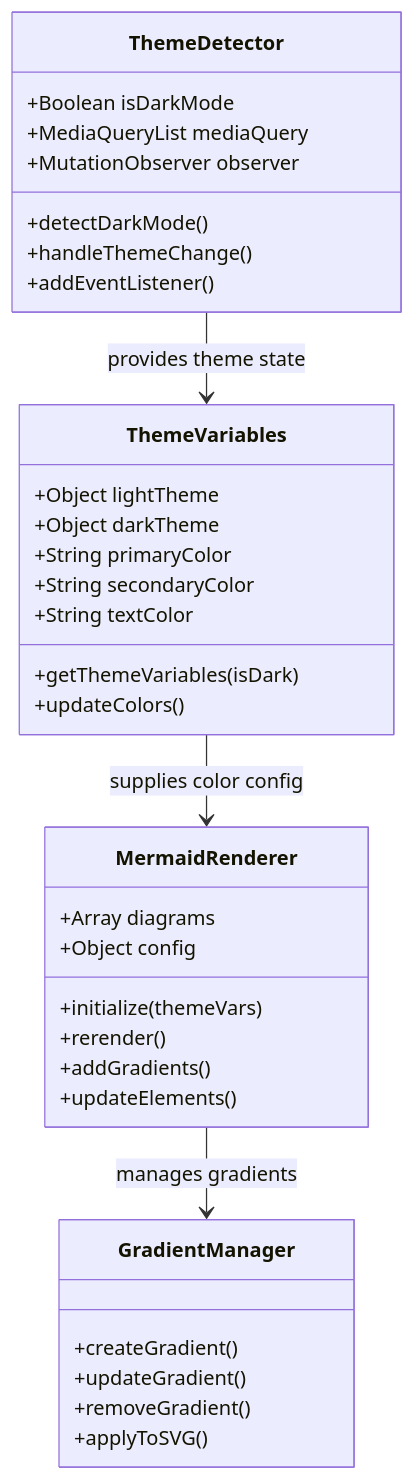
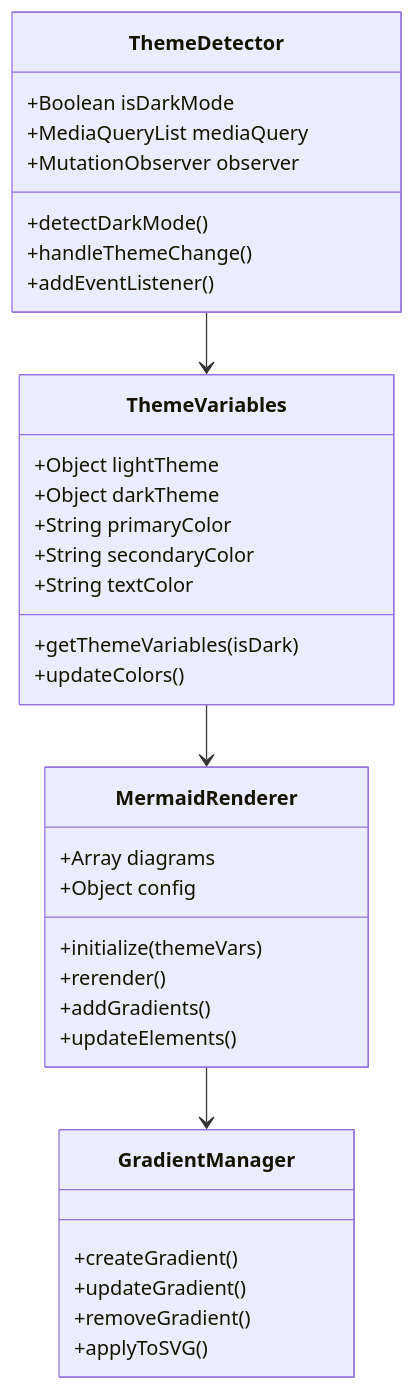
The fourth of 6 diagrams in _posts/2025-06-06-mermaid-theme-test.md (realcoding2003/realcoding.github.io), drawn with Mermaid before and after one commit. The commit also changed 2 other files, not shown here.

Commit message:
Mermaid 다이어그램 클래스 구조 개선 및 가독성 향상
- Mermaid 다이어그램의 클래스 정의 방식을 개선하여 가독성을 높임
- 클래스 속성과 메서드를 명확하게 구분하여 구조를 간소화
- 관계 표현 방식을 개선하여 다이어그램의 이해도를 높임

````diff
--- a/_posts/2025-06-06-mermaid-theme-test.md
+++ b/_posts/2025-06-06-mermaid-theme-test.md
@@ -101,44 +101,37 @@
 ```mermaid
 classDiagram
-    class ThemeDetector {
-        +Boolean isDarkMode
-        +detectDarkMode()
-        +handleThemeChange()
-        +addEventListener()
-    }
-    
-    class ThemeVariables {
-        +Object lightTheme
-        +Object darkTheme
-        +getThemeVariables(isDark)
-        +updateColors()
-    }
-    
-    class MermaidRenderer {
-        +initialize(themeVars)
-        +rerender()
-        +addGradients()
-        +updateElements()
-    }
-    
-    class GradientManager {
-        +createGradient()
-        +updateGradient()
-        +removeGradient()
-        +applyToSVG()
-    }
-    
-    ThemeDetector --> ThemeVariables : provides theme state
-    ThemeVariables --> MermaidRenderer : supplies color config
-    MermaidRenderer --> GradientManager : manages gradients
-    
+    class ThemeDetector
+    ThemeDetector : +Boolean isDarkMode
+    ThemeDetector : +detectDarkMode()
+    ThemeDetector : +handleThemeChange()
+    ThemeDetector : +addEventListener()
     ThemeDetector : +MediaQueryList mediaQuery
     ThemeDetector : +MutationObserver observer
     
+    class ThemeVariables
+    ThemeVariables : +Object lightTheme
+    ThemeVariables : +Object darkTheme
+    ThemeVariables : +getThemeVariables(isDark)
+    ThemeVariables : +updateColors()
     ThemeVariables : +String primaryColor
     ThemeVariables : +String secondaryColor
     ThemeVariables : +String textColor
     
+    class MermaidRenderer
+    MermaidRenderer : +initialize(themeVars)
+    MermaidRenderer : +rerender()
+    MermaidRenderer : +addGradients()
+    MermaidRenderer : +updateElements()
     MermaidRenderer : +Array diagrams
     MermaidRenderer : +Object config
+    
+    class GradientManager
+    GradientManager : +createGradient()
+    GradientManager : +updateGradient()
+    GradientManager : +removeGradient()
+    GradientManager : +applyToSVG()
+    
+    ThemeDetector --> ThemeVariables
+    ThemeVariables --> MermaidRenderer
+    MermaidRenderer --> GradientManager
 ```
````
